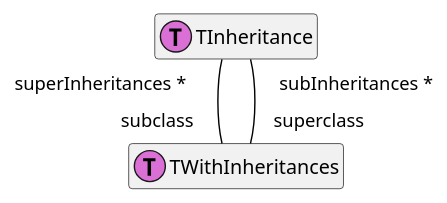
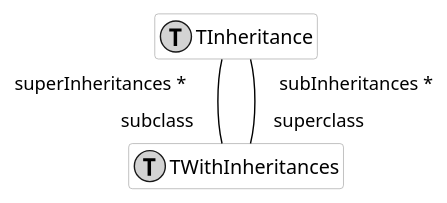
The diagram in Developers/Diagrams/inheritance.puml (moosetechnology/moose-wiki), drawn with PlantUML before and after one commit. The commit also changed 13 other files, not shown here.

Commit message:
All associations UML diagrams

```diff
--- a/Developers/Diagrams/inheritance.puml
+++ b/Developers/Diagrams/inheritance.puml
@@ -1,15 +1,20 @@
 @startuml
-
 hide empty members
 
-class behavior1 as "TWithInheritances" << (T,orchid) >> {
+skinparam class {
+  BackgroundColor white
+  ArrowColor black
+  BorderColor darkGray
 }
 
-class behavior2 as "TInheritance" << (T,orchid) >> {
+class behavior1 as "TWithInheritances" << (T,lightGrey) >> {
+}
+
+class behavior2 as "TInheritance" << (T,lightGrey) >> {
 }
 
 
 behavior2 "superInheritances * " -[#black]- "subclass  " behavior1
 behavior2 "subInheritances * " -[#black]- "superclass  " behavior1
 
 @enduml
```
